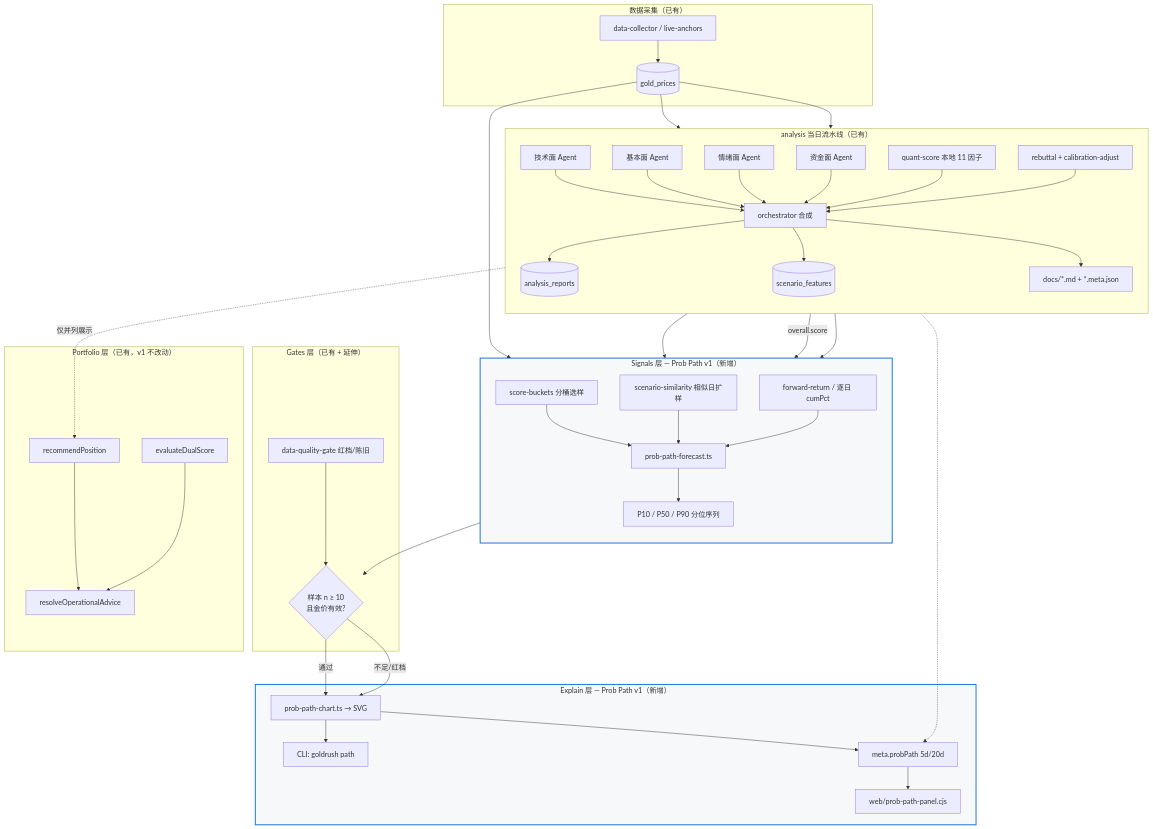
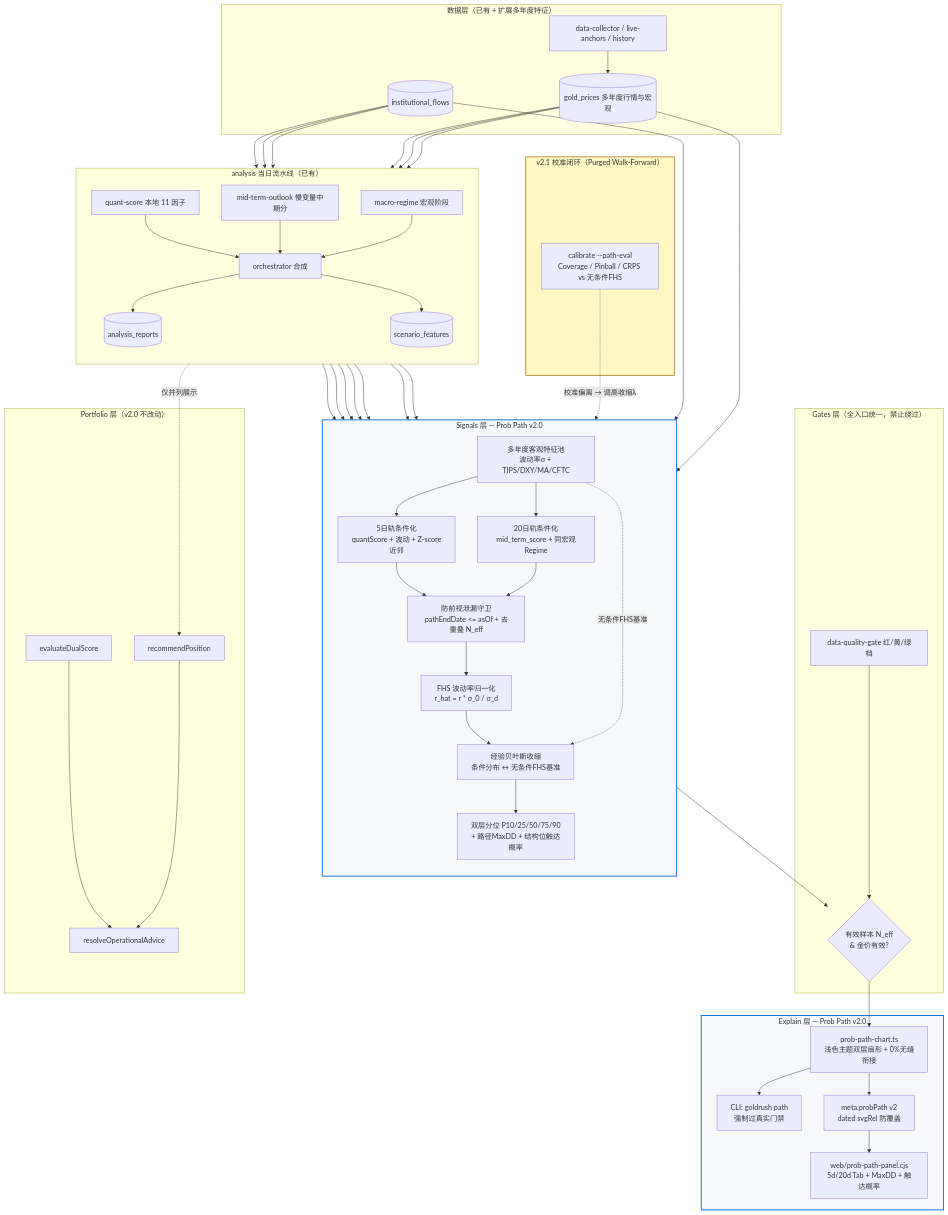
The first of 2 diagrams in docs/PROB-PATH-FORECAST-ARCHITECTURE.md (371684029/oh-my-gold-rush), drawn with Mermaid before and after one commit. The commit also changed other lines of this file and 36 other files, not shown here.

First line of the commit message:
docs: upgrade Prob Path Forecast to v2.0

````diff
--- a/docs/PROB-PATH-FORECAST-ARCHITECTURE.md
+++ b/docs/PROB-PATH-FORECAST-ARCHITECTURE.md
@@ -14,78 +14,74 @@
 ```mermaid
 flowchart TB
-  subgraph ingest["数据采集（已有）"]
-    DC[data-collector / live-anchors]
-    DC --> GPR[(gold_prices)]
+  subgraph ingest["数据层（已有 + 扩展多年度特征）"]
+    DC[data-collector / live-anchors / history]
+    DC --> GPR[(gold_prices 多年度行情与宏观)]
+    FLOW[(institutional_flows)]
   end
 
   subgraph analysis_day["analysis 当日流水线（已有）"]
     direction TB
-    A1[技术面 Agent]
-    A2[基本面 Agent]
-    A3[情绪面 Agent]
-    A4[资金面 Agent]
     QS[quant-score 本地 11 因子]
-    RB[rebuttal + calibration-adjust]
+    MID[mid-term-outlook 慢变量中期分]
+    REG[macro-regime 宏观阶段]
     ORC[orchestrator 合成]
-    A1 & A2 & A3 & A4 --> ORC
-    QS --> ORC
-    RB --> ORC
+    QS & MID & REG --> ORC
     ORC --> AR[(analysis_reports)]
     ORC --> SF[(scenario_features)]
-    ORC --> MD[docs/*.md + *.meta.json]
   end
 
-  GPR --> QS
-  GPR --> analysis_day
+  GPR & FLOW --> QS & MID & REG
 
-  subgraph signals["Signals 层 — Prob Path v1（新增）"]
+  subgraph signals["Signals 层 — Prob Path v2.0"]
     direction TB
-    PP_IN[prob-path-forecast.ts]
-    BKT[score-buckets 分桶选样]
-    SIM[scenario-similarity 相似日扩样]
-    FR[forward-return / 逐日 cumPct]
-    PCT[P10 / P50 / P90 分位序列]
-    BKT --> PP_IN
-    SIM --> PP_IN
-    FR --> PP_IN
-    PP_IN --> PCT
+    POOL[多年度客观特征池<br/>波动率σ + TIPS/DXY/MA/CFTC]
+    T5[5日轨条件化<br/>quantScore + 波动 + Z-score近邻]
+    T20[20日轨条件化<br/>mid_term_score + 同宏观Regime]
+    GUARD[防前视泄漏守卫<br/>pathEndDate <= asOf + 去重叠 N_eff]
+    FHS[FHS 波动率归一化<br/>r_hat = r * σ_0 / σ_d]
+    SHRINK[经验贝叶斯收缩<br/>条件分布 ↔ 无条件FHS基准]
+    STAT[双层分位 P10/25/50/75/90<br/>+ 路径MaxDD + 结构位触达概率]
+
+    GPR & FLOW --> POOL
+    AR & SF & POOL --> T5 & T20
+    QS --> T5
+    MID & REG --> T20
+    T5 & T20 --> GUARD --> FHS --> SHRINK --> STAT
+    POOL -.->|无条件FHS基准| SHRINK
   end
 
-  AR --> BKT
-  ORC -->|overall.score| BKT
-  SF --> SIM
-  GPR --> FR
-
-  subgraph gates["Gates 层（已有 + 延伸）"]
-    DQ[data-quality-gate 红档/陈旧]
-    SAM{样本 n ≥ 10<br/>且金价有效?}
-    PCT --> SAM
+  subgraph gates["Gates 层（全入口统一，禁止绕过）"]
+    DQ[data-quality-gate 红/黄/绿档]
+    SAM{有效样本 N_eff<br/>& 金价有效?}
+    STAT --> SAM
     DQ --> SAM
   end
 
-  subgraph portfolio["Portfolio 层（已有，v1 不改动）"]
+  subgraph portfolio["Portfolio 层（v2.0 不改动）"]
     POS[recommendPosition]
     DUAL[evaluateDualScore]
     ADV[resolveOperationalAdvice]
-    POS --> ADV
-    DUAL --> ADV
+    POS & DUAL --> ADV
   end
 
   ORC -.->|仅并列展示| POS
 
-  subgraph explain["Explain 层 — Prob Path v1（新增）"]
-    CHART[prob-path-chart.ts → SVG]
-    PATH_CMD[CLI: goldrush path]
-    META_EXT[meta.probPath 5d/20d]
-    WEB[web/prob-path-panel.cjs]
-    SAM -->|通过| CHART
-    SAM -->|不足/红档| CHART
-    CHART --> PATH_CMD
-    CHART --> META_EXT
+  subgraph explain["Explain 层 — Prob Path v2.0"]
+    CHART[prob-path-chart.ts<br/>浅色主题双层扇形 + 0%无缝衔接]
+    PATH_CMD[CLI: goldrush path<br/>强制过真实门禁]
+    META_EXT[meta.probPath v2<br/>dated svgRel 防覆盖]
+    WEB[web/prob-path-panel.cjs<br/>5d/20d Tab + MaxDD + 触达概率]
+    SAM --> CHART
+    CHART --> PATH_CMD & META_EXT
     META_EXT --> WEB
-    MD -.-> META_EXT
+  end
+
+  subgraph eval["v2.1 校准闭环（Purged Walk-Forward）"]
+    WF[calibrate --path-eval<br/>Coverage / Pinball / CRPS vs 无条件FHS]
+    WF -.->|校准偏离 → 调高收缩λ| SHRINK
   end
 
   style signals fill:#f6f8fa,stroke:#0969da,stroke-width:2px
   style explain fill:#f6f8fa,stroke:#0969da,stroke-width:2px
+  style eval fill:#fff8c5,stroke:#9a6700,stroke-width:1.5px
 ```
````
